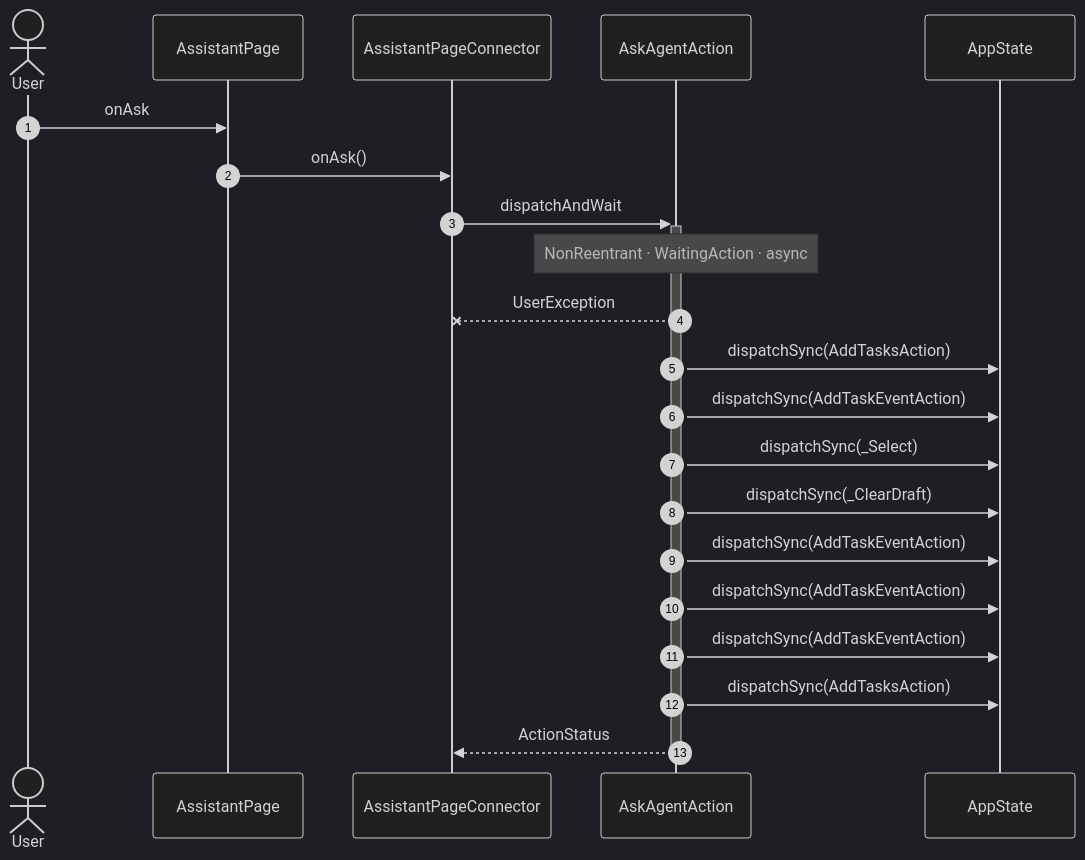
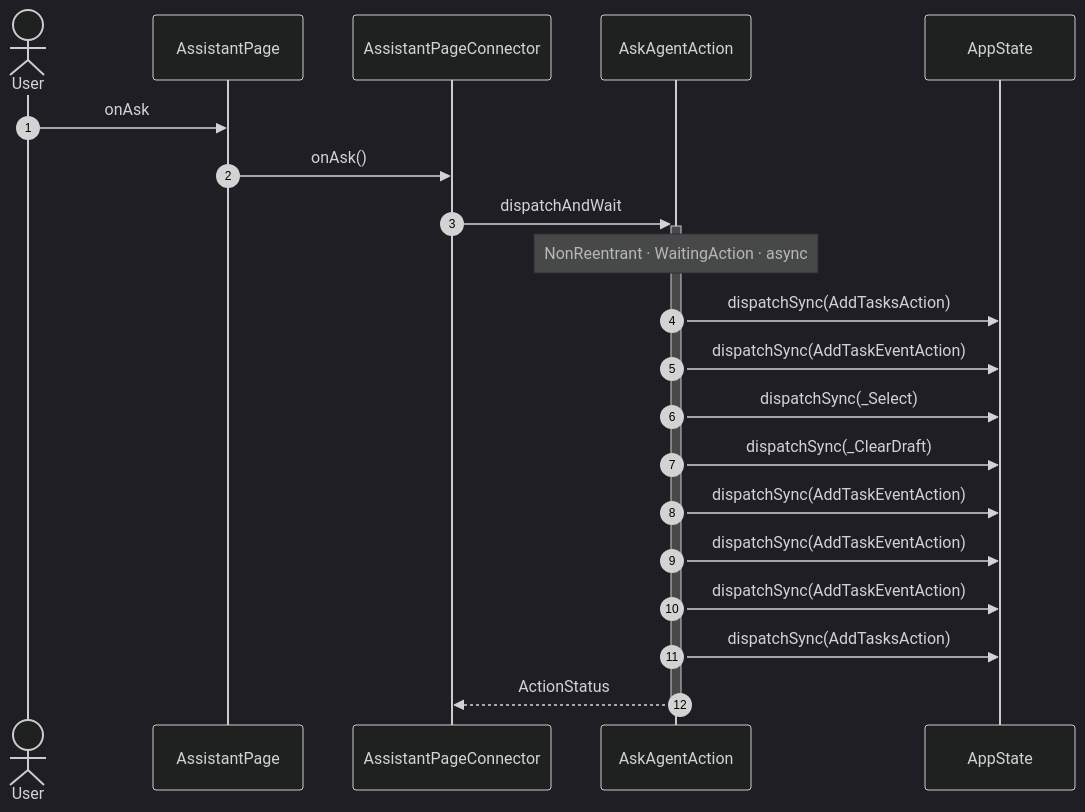
One commit to gencto/wyrm changed the fifth of 8 diagrams in studio/docs/flows/assistant.md. Above: the diagram before and after it, drawn with Mermaid (dark theme). The commit also changed other lines of this file and 192 other files, not shown here.

````diff
--- a/studio/docs/flows/assistant.md
+++ b/studio/docs/flows/assistant.md
@@ -94,24 +94,23 @@
 ```mermaid
 sequenceDiagram
     autonumber
     actor User
     participant UI as AssistantPage
     participant VM as AssistantPageConnector
     participant A1 as AskAgentAction
     participant ST as AppState
 
     User->>UI: onAsk
     UI->>VM: onAsk()
     VM->>+A1: dispatchAndWait
     Note over A1: NonReentrant · WaitingAction · async
-    A1--xVM: UserException
     A1->>ST: dispatchSync(AddTasksAction)
     A1->>ST: dispatchSync(AddTaskEventAction)
     A1->>ST: dispatchSync(_Select)
     A1->>ST: dispatchSync(_ClearDraft)
     A1->>ST: dispatchSync(AddTaskEventAction)
     A1->>ST: dispatchSync(AddTaskEventAction)
     A1->>ST: dispatchSync(AddTaskEventAction)
     A1->>ST: dispatchSync(AddTasksAction)
     A1-->>-VM: ActionStatus
 ```
````
